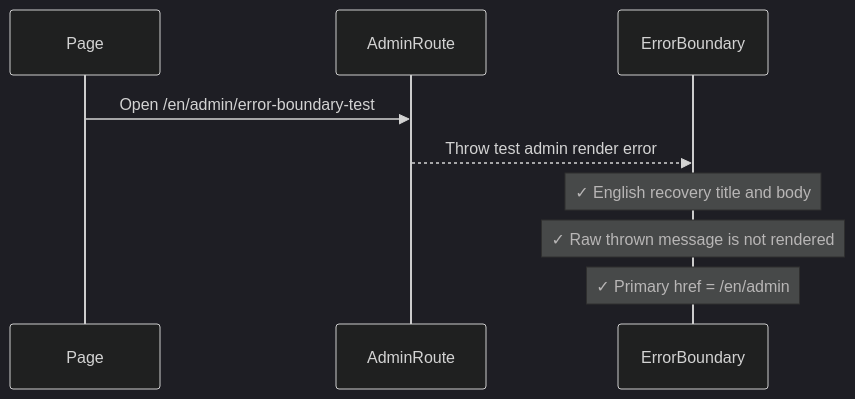
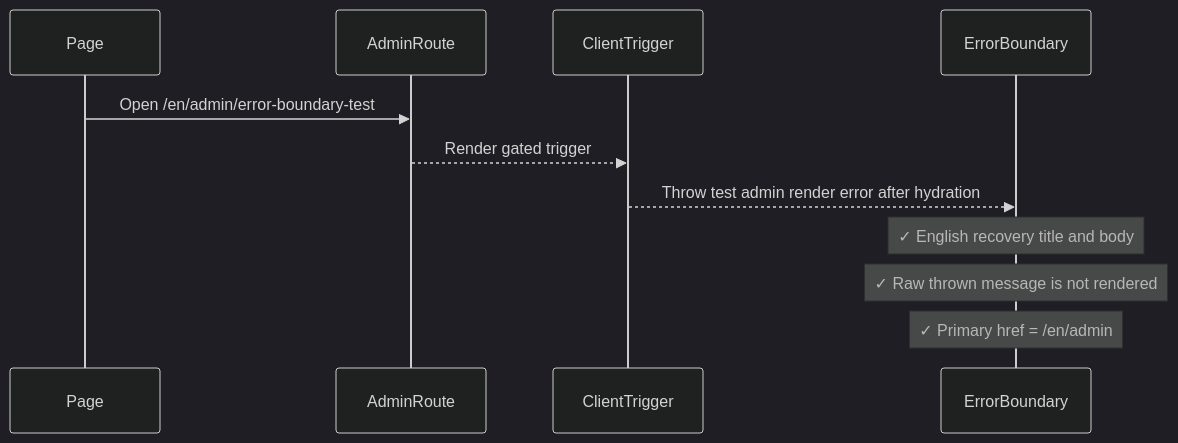
One commit to viscalyx/Kravhantering changed the third of 3 diagrams in tests/integration/error-boundary-smoke.md. Above: the diagram before and after it, drawn with Mermaid (dark theme). The commit also changed other lines of this file and 165 other files, not shown here.

````diff
--- a/tests/integration/error-boundary-smoke.md
+++ b/tests/integration/error-boundary-smoke.md
@@ -94,12 +100,14 @@
 ```mermaid
 sequenceDiagram
     participant P as Page
     participant R as AdminRoute
+    participant C as ClientTrigger
     participant E as ErrorBoundary
 
     P->>R: Open /en/admin/error-boundary-test
-    R-->>E: Throw test admin render error
+    R-->>C: Render gated trigger
+    C-->>E: Throw test admin render error after hydration
     Note over E: ✓ English recovery title and body
     Note over E: ✓ Raw thrown message is not rendered
     Note over E: ✓ Primary href = /en/admin
 ```
````
